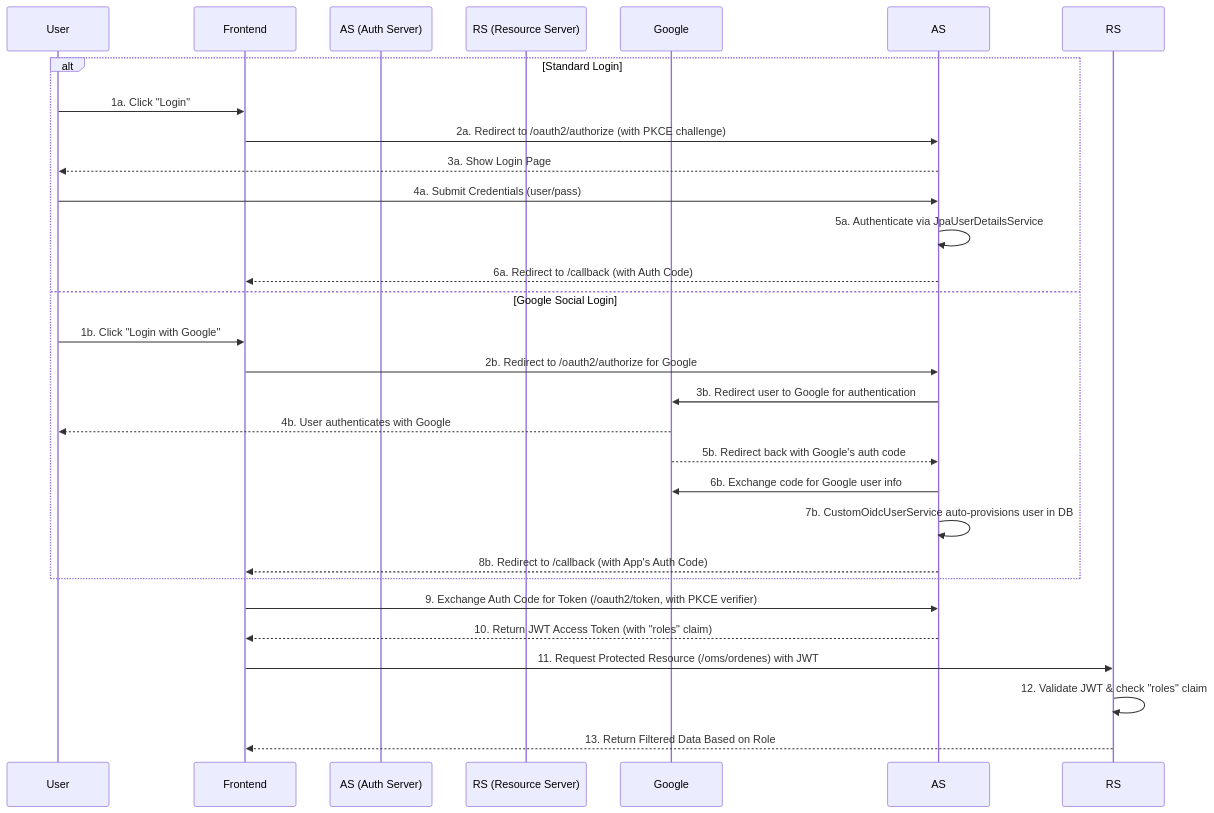
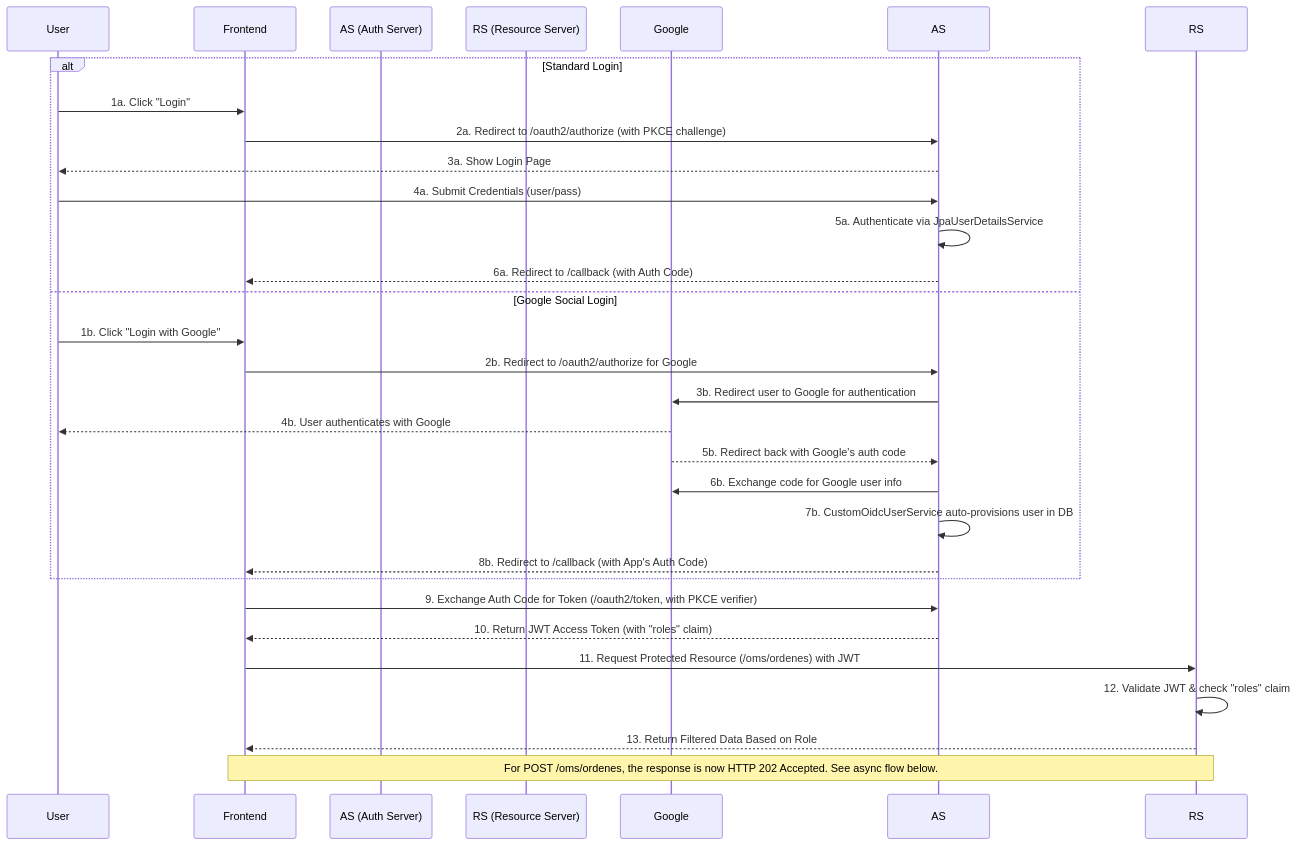
Before and after one commit to busquedad/Hibernate: the first of 3 diagrams in README.md, drawn with Mermaid. The commit also changed other lines of this file and 8 other files, not shown here.

````diff
--- a/README.md
+++ b/README.md
@@ -116,33 +119,35 @@
 ```mermaid
 sequenceDiagram
     participant User
     participant Frontend
     participant AuthorizationServer as AS (Auth Server)
     participant ResourceServer as RS (Resource Server)
     participant Google
 
     alt Standard Login
         User->>Frontend: 1a. Click "Login"
         Frontend->>AS: 2a. Redirect to /oauth2/authorize (with PKCE challenge)
         AS-->>User: 3a. Show Login Page
         User->>AS: 4a. Submit Credentials (user/pass)
         AS->>AS: 5a. Authenticate via JpaUserDetailsService
         AS-->>Frontend: 6a. Redirect to /callback (with Auth Code)
     else Google Social Login
         User->>Frontend: 1b. Click "Login with Google"
         Frontend->>AS: 2b. Redirect to /oauth2/authorize for Google
         AS->>Google: 3b. Redirect user to Google for authentication
         Google-->>User: 4b. User authenticates with Google
         Google-->>AS: 5b. Redirect back with Google's auth code
         AS->>Google: 6b. Exchange code for Google user info
         AS->>AS: 7b. CustomOidcUserService auto-provisions user in DB
         AS-->>Frontend: 8b. Redirect to /callback (with App's Auth Code)
     end
 
     Frontend->>AS: 9. Exchange Auth Code for Token (/oauth2/token, with PKCE verifier)
     AS-->>Frontend: 10. Return JWT Access Token (with "roles" claim)
 
     Frontend->>RS: 11. Request Protected Resource (/oms/ordenes) with JWT
     RS->>RS: 12. Validate JWT & check "roles" claim
     RS-->>Frontend: 13. Return Filtered Data Based on Role
+
+    note over Frontend, RS: For POST /oms/ordenes, the response is now HTTP 202 Accepted. See async flow below.
 ```
````
